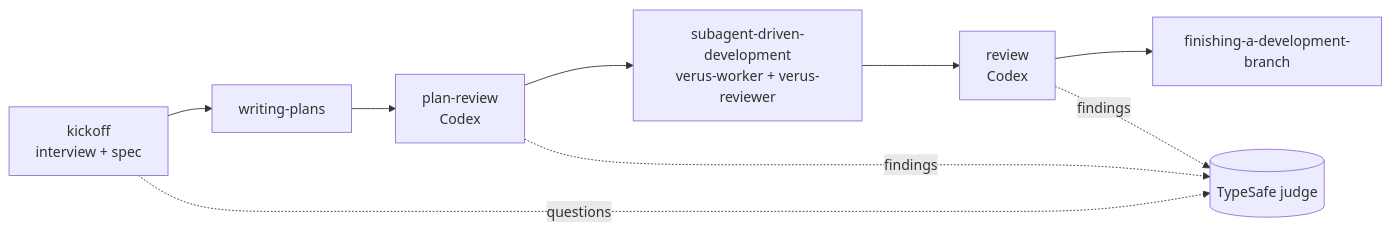
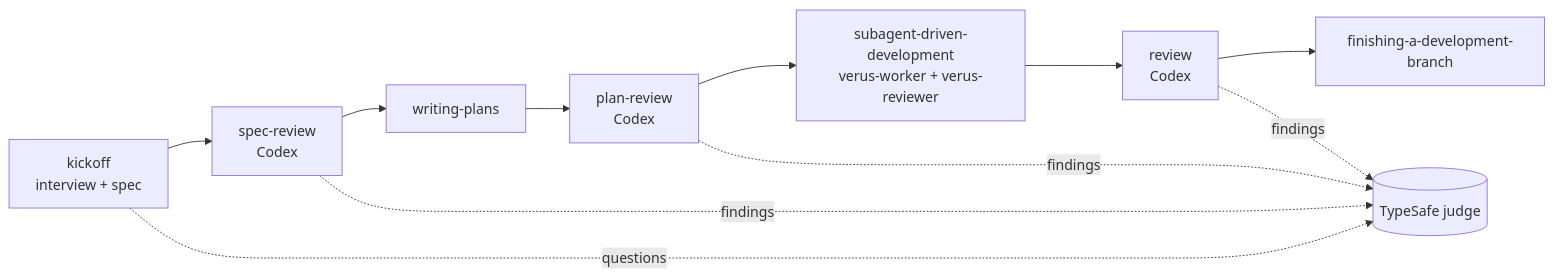
Before and after one commit to VerusK/claude-skills: the diagram in README.md, drawn with Mermaid. The commit also changed other lines of this file and 6 other files, not shown here.

Commit message:
docs: spec-review in the flow, skills table and plugin descriptions

````diff
--- a/README.md
+++ b/README.md
@@ -29,11 +29,13 @@
 ```mermaid
 flowchart LR
-  K[kickoff<br/>interview + spec] --> W[writing-plans]
+  K[kickoff<br/>interview + spec] --> SR[spec-review<br/>Codex]
+  SR --> W[writing-plans]
   W --> PR[plan-review<br/>Codex]
   PR --> SDD[subagent-driven-development<br/>verus-worker + verus-reviewer]
   SDD --> BR[review<br/>Codex]
   BR --> F[finishing-a-development-branch]
   K -. questions .-> J[(TypeSafe judge)]
+  SR -. findings .-> J
   PR -. findings .-> J
   BR -. findings .-> J
 ```
````
